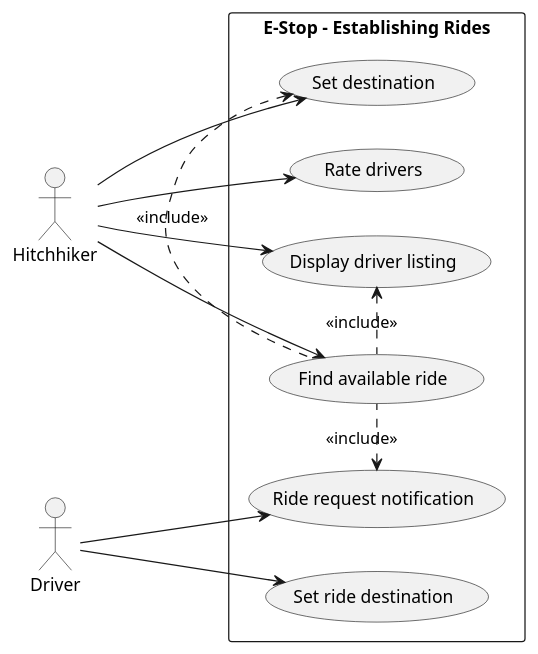
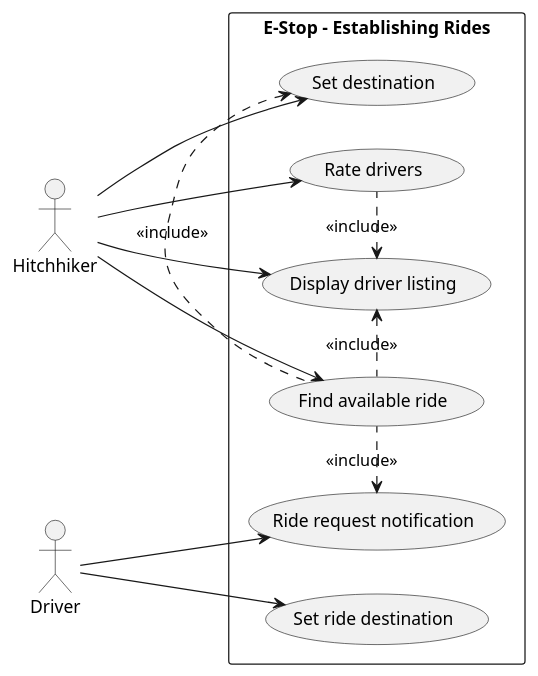
Before and after one commit to Kruchji/NSWI041: the diagram in documentation/uml/uml-usecase-diagram-establishing-rides.plantuml, drawn with PlantUML. The commit also changed 3 other files, not shown here.

Commit message:
Update diagrams

```diff
--- a/documentation/uml/uml-usecase-diagram-establishing-rides.plantuml
+++ b/documentation/uml/uml-usecase-diagram-establishing-rides.plantuml
@@ -1,22 +1,23 @@
 @startuml
 left to right direction
 actor "Hitchhiker" as AC_H
 actor "Driver" as AC_D
 rectangle "E-Stop - Establishing Rides" {
     usecase "Display driver listing" as UC_DDL
     usecase "Find available ride" as UC_FAR
     usecase "Set destination" as UC_SD
     usecase "Set ride destination" as UC_SRD
     usecase "Ride request notification" as UC_RRN
     usecase "Rate drivers" as UC_RD
 }
 UC_FAR .l.> UC_DDL : <<include>>
 UC_FAR .l.> UC_SD : <<include>>
 UC_FAR .l.> UC_RRN : <<include>>
+UC_RD .l.> UC_DDL : <<include>>
 AC_H --> UC_DDL
 AC_H --> UC_FAR
 AC_H --> UC_SD
 AC_D --> UC_SRD
 AC_D --> UC_RRN
 AC_H --> UC_RD
 @enduml
```
